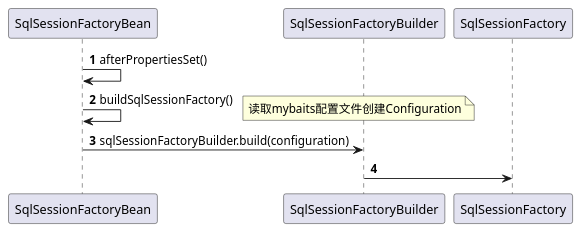
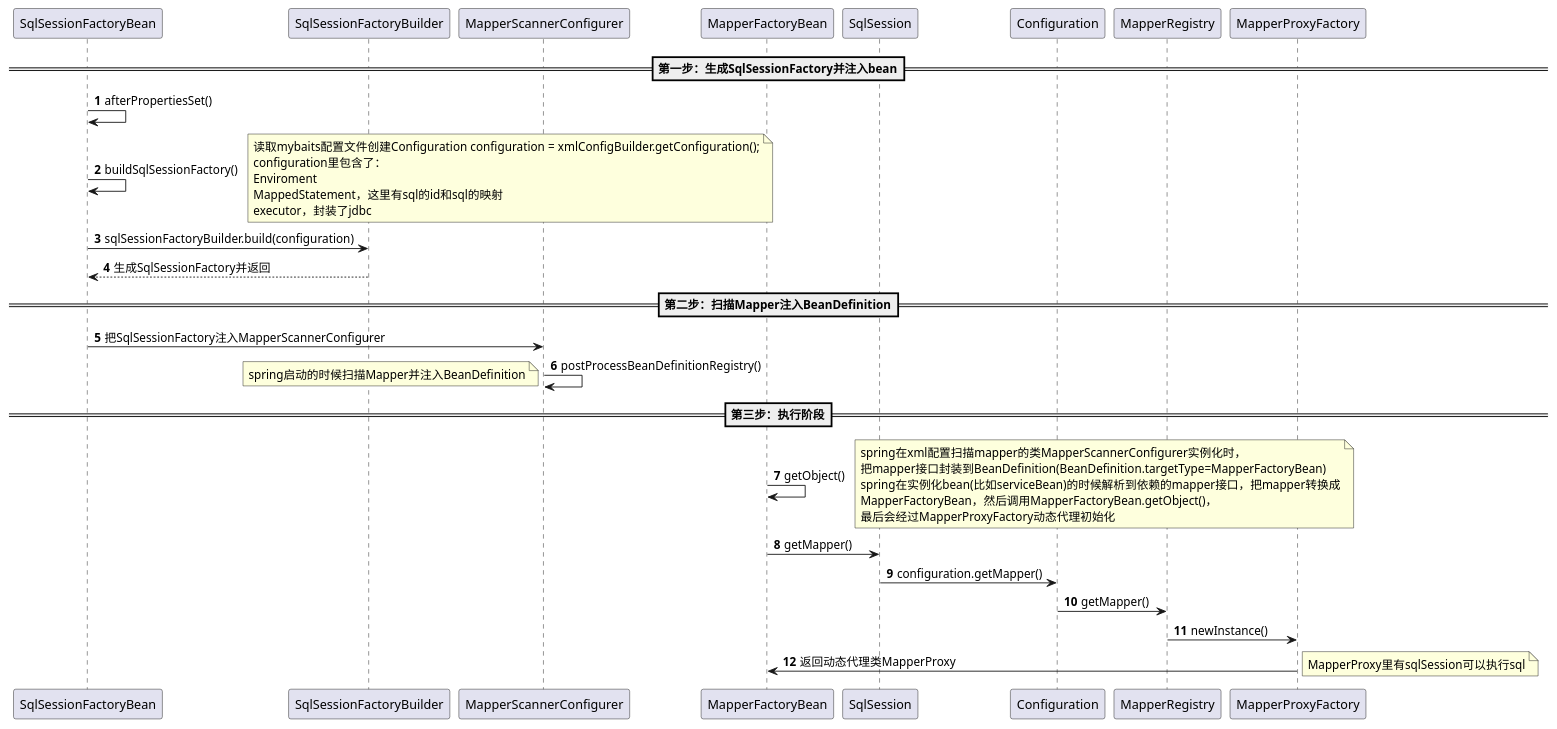
The diagram in src/main/resources/com/czl/shanshan/uml/mybatis/mybatis-spring.puml (chendaliu/shanshanguoba), drawn with PlantUML before and after one commit.

```diff
--- a/src/main/resources/com/czl/shanshan/uml/mybatis/mybatis-spring.puml
+++ b/src/main/resources/com/czl/shanshan/uml/mybatis/mybatis-spring.puml
@@ -1,11 +1,43 @@
 @startuml
 autonumber
-SqlSessionFactoryBean->SqlSessionFactoryBean: afterPropertiesSet()
+==第一步：生成SqlSessionFactory并注入bean==
+SqlSessionFactoryBean->SqlSessionFactoryBean : afterPropertiesSet()
 SqlSessionFactoryBean->SqlSessionFactoryBean: buildSqlSessionFactory()
+
 note right
-读取mybaits配置文件创建Configuration
+读取mybaits配置文件创建Configuration configuration = xmlConfigBuilder.getConfiguration();
+configuration里包含了：
+Enviroment
+MappedStatement，这里有sql的id和sql的映射
+executor，封装了jdbc
 end note
+
 SqlSessionFactoryBean->SqlSessionFactoryBuilder: sqlSessionFactoryBuilder.build(configuration)
+SqlSessionFactoryBuilder-->SqlSessionFactoryBean: 生成SqlSessionFactory并返回
 
-SqlSessionFactory<-SqlSessionFactoryBuilder
+==第二步：扫描Mapper注入BeanDefinition==
+SqlSessionFactoryBean -> MapperScannerConfigurer: 把SqlSessionFactory注入MapperScannerConfigurer
+MapperScannerConfigurer -> MapperScannerConfigurer: postProcessBeanDefinitionRegistry()
+note left
+spring启动的时候扫描Mapper并注入BeanDefinition
+end note
+
+==第三步：执行阶段==
+MapperFactoryBean->MapperFactoryBean:getObject()
+note right
+    spring在xml配置扫描mapper的类MapperScannerConfigurer实例化时，
+    把mapper接口封装到BeanDefinition(BeanDefinition.targetType=MapperFactoryBean)
+    spring在实例化bean(比如serviceBean)的时候解析到依赖的mapper接口，把mapper转换成
+    MapperFactoryBean，然后调用MapperFactoryBean.getObject()，
+    最后会经过MapperProxyFactory动态代理初始化
+end note
+MapperFactoryBean->SqlSession:getMapper()
+SqlSession->Configuration:configuration.getMapper()
+Configuration->MapperRegistry:getMapper()
+MapperRegistry->MapperProxyFactory:newInstance()
+MapperProxyFactory->MapperFactoryBean:返回动态代理类MapperProxy
+note right
+    MapperProxy里有sqlSession可以执行sql
+end note
+
 @enduml
```
